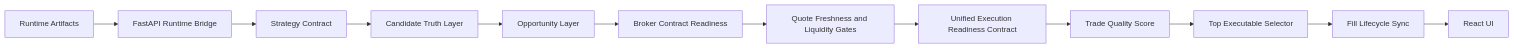
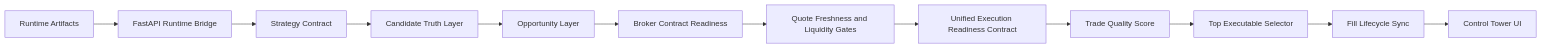
One commit to ramgolladi1503-sys/algotradify changed the diagram in README.md. Above: the diagram before and after it, drawn with Mermaid. The commit also changed other lines of this file, not shown here.

Commit message:
Document control tower UI wiring

````diff
--- a/README.md
+++ b/README.md
@@ -19,14 +19,14 @@
 ```mermaid
 flowchart LR
     A[Runtime Artifacts] --> B[FastAPI Runtime Bridge]
     B --> C[Strategy Contract]
     C --> D[Candidate Truth Layer]
     D --> E[Opportunity Layer]
     E --> F[Broker Contract Readiness]
     F --> G[Quote Freshness and Liquidity Gates]
     G --> H[Unified Execution Readiness Contract]
     H --> I[Trade Quality Score]
     I --> J[Top Executable Selector]
     J --> K[Fill Lifecycle Sync]
-    K --> L[React UI]
+    K --> L[Control Tower UI]
 ```
````
